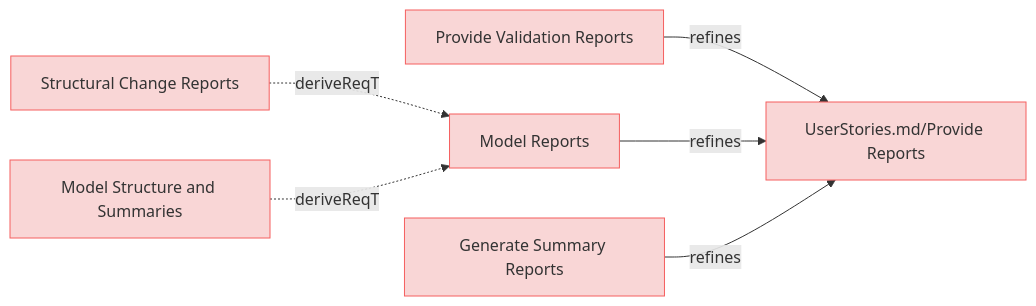
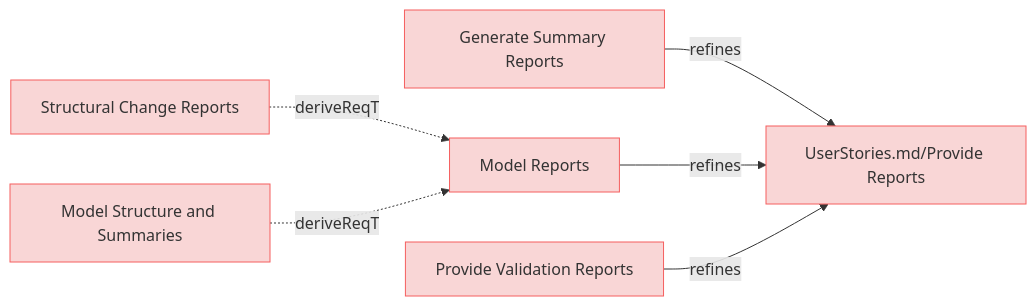
One commit to reqvire-org/reqvire changed the fifth of 9 diagrams in specifications/UserRequirements.md. Above: the diagram before and after it, drawn with Mermaid. The commit also changed other lines of this file and 16 other files, not shown here.

````diff
--- a/specifications/UserRequirements.md
+++ b/specifications/UserRequirements.md
@@ -369,32 +369,32 @@
 ```mermaid
 graph LR;
   %% Graph styling
   classDef requirement fill:#f9d6d6,stroke:#f55f5f,stroke-width:1px;
   classDef verification fill:#d6f9d6,stroke:#5fd75f,stroke-width:1px;
   classDef externalLink fill:#d0e0ff,stroke:#3080ff,stroke-width:1px;
   classDef default fill:#f5f5f5,stroke:#333333,stroke-width:1px;
 
+  db41436c9a771e21["Generate Summary Reports"];
+  click db41436c9a771e21 "https://github.com/Reqvire/reqvire/blob/92e82ef235559b4819fd85d700024b79b452d8e3/specifications/UserRequirements.md#generate-summary-reports";
+  class db41436c9a771e21 requirement;
+  9cb6618c17d19a11["UserStories.md/Provide Reports"];
+  class 9cb6618c17d19a11 requirement;
+  click 9cb6618c17d19a11 "https://github.com/Reqvire/reqvire/blob/92e82ef235559b4819fd85d700024b79b452d8e3/specifications/UserStories.md#provide-reports";
+  db41436c9a771e21 -->|refines| 9cb6618c17d19a11;
+  98d3f01fb666c41f["Model Reports"];
+  click 98d3f01fb666c41f "https://github.com/Reqvire/reqvire/blob/92e82ef235559b4819fd85d700024b79b452d8e3/specifications/UserRequirements.md#model-reports";
+  class 98d3f01fb666c41f requirement;
+  98d3f01fb666c41f -->|refines| 9cb6618c17d19a11;
   6572e9cc4d78415a["Structural Change Reports"];
-  click 6572e9cc4d78415a "https://github.com/Reqvire/reqvire/blob/b8c43d2689b933838bf1838d8a4cdf3393c9014f/specifications/UserRequirements.md#structural-change-reports";
+  click 6572e9cc4d78415a "https://github.com/Reqvire/reqvire/blob/92e82ef235559b4819fd85d700024b79b452d8e3/specifications/UserRequirements.md#structural-change-reports";
   class 6572e9cc4d78415a requirement;
-  98d3f01fb666c41f["Model Reports"];
-  class 98d3f01fb666c41f requirement;
-  click 98d3f01fb666c41f "https://github.com/Reqvire/reqvire/blob/b8c43d2689b933838bf1838d8a4cdf3393c9014f/specifications/UserRequirements.md#model-reports";
   6572e9cc4d78415a -.->|deriveReqT| 98d3f01fb666c41f;
   2d3cfde19fc6bb79["Provide Validation Reports"];
-  click 2d3cfde19fc6bb79 "https://github.com/Reqvire/reqvire/blob/b8c43d2689b933838bf1838d8a4cdf3393c9014f/specifications/UserRequirements.md#provide-validation-reports";
+  click 2d3cfde19fc6bb79 "https://github.com/Reqvire/reqvire/blob/92e82ef235559b4819fd85d700024b79b452d8e3/specifications/UserRequirements.md#provide-validation-reports";
   class 2d3cfde19fc6bb79 requirement;
-  9cb6618c17d19a11["UserStories.md/Provide Reports"];
-  class 9cb6618c17d19a11 requirement;
-  click 9cb6618c17d19a11 "https://github.com/Reqvire/reqvire/blob/b8c43d2689b933838bf1838d8a4cdf3393c9014f/specifications/UserStories.md#provide-reports";
   2d3cfde19fc6bb79 -->|refines| 9cb6618c17d19a11;
-  98d3f01fb666c41f -->|refines| 9cb6618c17d19a11;
   40de7485b25294["Model Structure and Summaries"];
-  click 40de7485b25294 "https://github.com/Reqvire/reqvire/blob/b8c43d2689b933838bf1838d8a4cdf3393c9014f/specifications/UserRequirements.md#model-structure-and-summaries";
+  click 40de7485b25294 "https://github.com/Reqvire/reqvire/blob/92e82ef235559b4819fd85d700024b79b452d8e3/specifications/UserRequirements.md#model-structure-and-summaries";
   class 40de7485b25294 requirement;
   40de7485b25294 -.->|deriveReqT| 98d3f01fb666c41f;
-  db41436c9a771e21["Generate Summary Reports"];
-  click db41436c9a771e21 "https://github.com/Reqvire/reqvire/blob/b8c43d2689b933838bf1838d8a4cdf3393c9014f/specifications/UserRequirements.md#generate-summary-reports";
-  class db41436c9a771e21 requirement;
-  db41436c9a771e21 -->|refines| 9cb6618c17d19a11;
 ```
````
